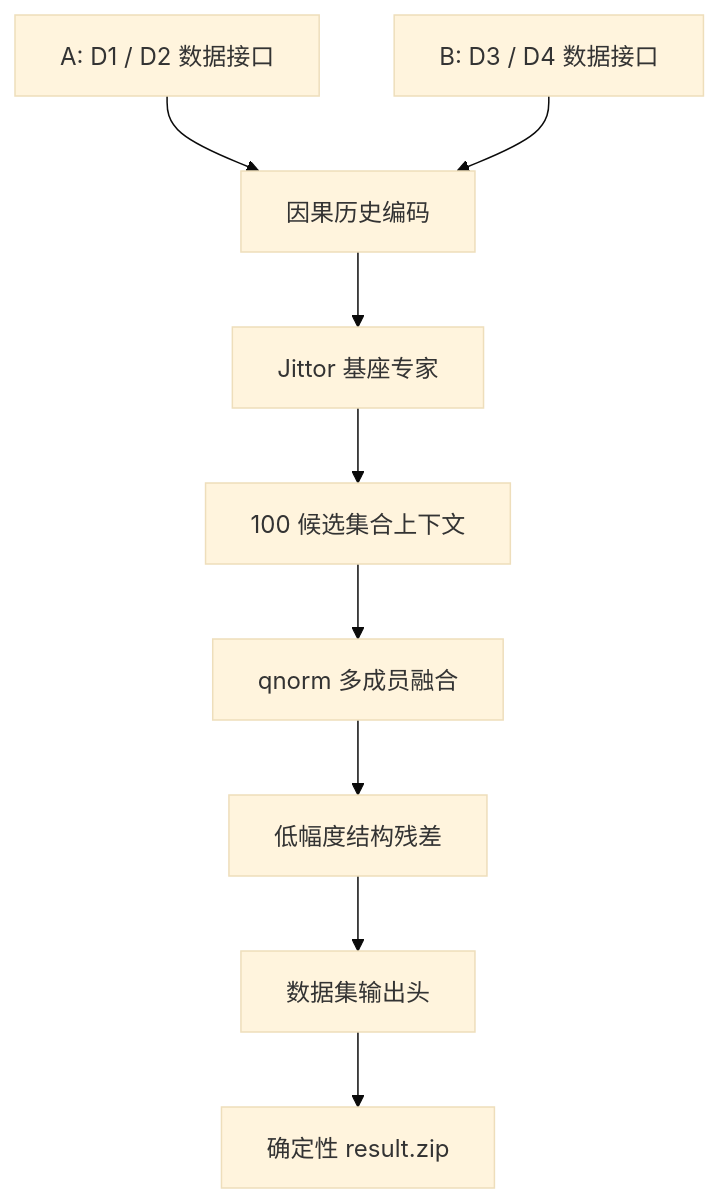
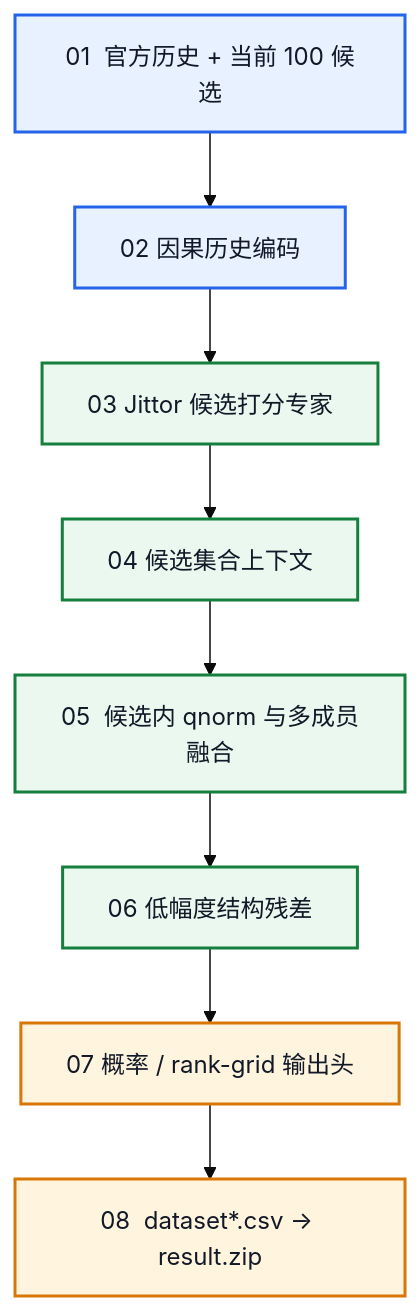
Before and after one commit to laoshan-song/jittor-sader-jituai: the diagram in README.md, drawn with Mermaid (base theme). The commit also changed other lines of this file, not shown here.

Commit message:
docs: lead with contest and Jittor overview

````diff
--- a/README.md
+++ b/README.md
@@ -69,11 +85,17 @@
 ```mermaid
 flowchart TB
-    A["A: D1 / D2 数据接口"] --> H["因果历史编码"]
-    B["B: D3 / D4 数据接口"] --> H
-    H --> E["Jittor 基座专家"]
-    E --> C["100 候选集合上下文"]
-    C --> F["qnorm 多成员融合"]
-    F --> R["低幅度结构残差"]
-    R --> O["数据集输出头"]
-    O --> Z["确定性 result.zip"]
+    I["01  官方历史 + 当前 100 候选"] --> H["02  因果历史编码"]
+    H --> E["03  Jittor 候选打分专家"]
+    E --> C["04  候选集合上下文"]
+    C --> F["05  候选内 qnorm 与多成员融合"]
+    F --> R["06  低幅度结构残差"]
+    R --> O["07  概率 / rank-grid 输出头"]
+    O --> Z["08  dataset*.csv -> result.zip"]
+
+    classDef input fill:#e8f1ff,stroke:#2563eb,color:#111827,stroke-width:2px,font-size:16px;
+    classDef model fill:#eaf8ef,stroke:#15803d,color:#111827,stroke-width:2px,font-size:16px;
+    classDef output fill:#fff4dd,stroke:#d97706,color:#111827,stroke-width:2px,font-size:16px;
+    class I,H input;
+    class E,C,F,R model;
+    class O,Z output;
 ```
````
